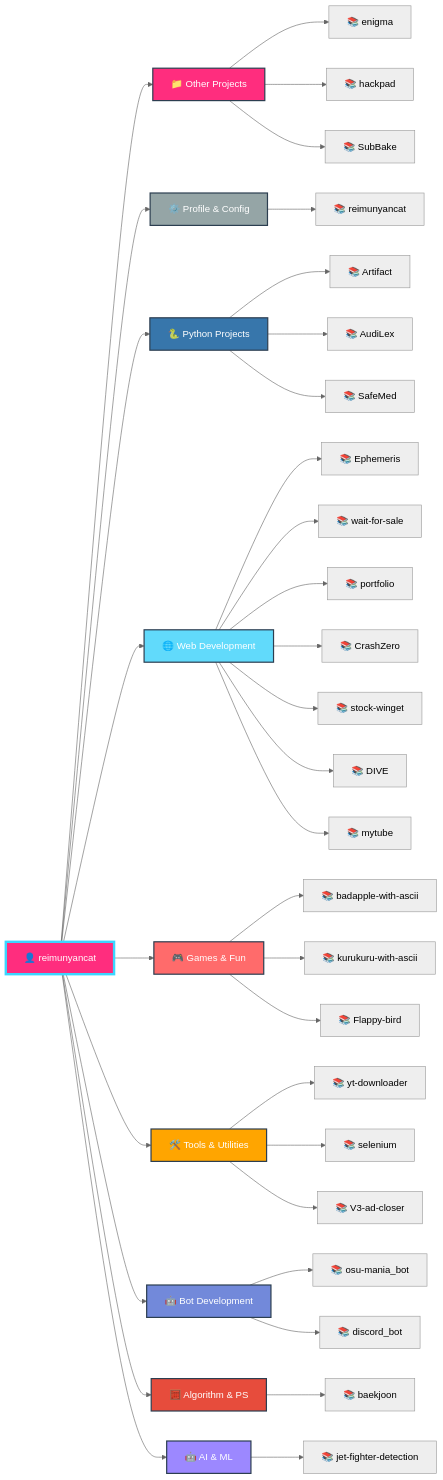
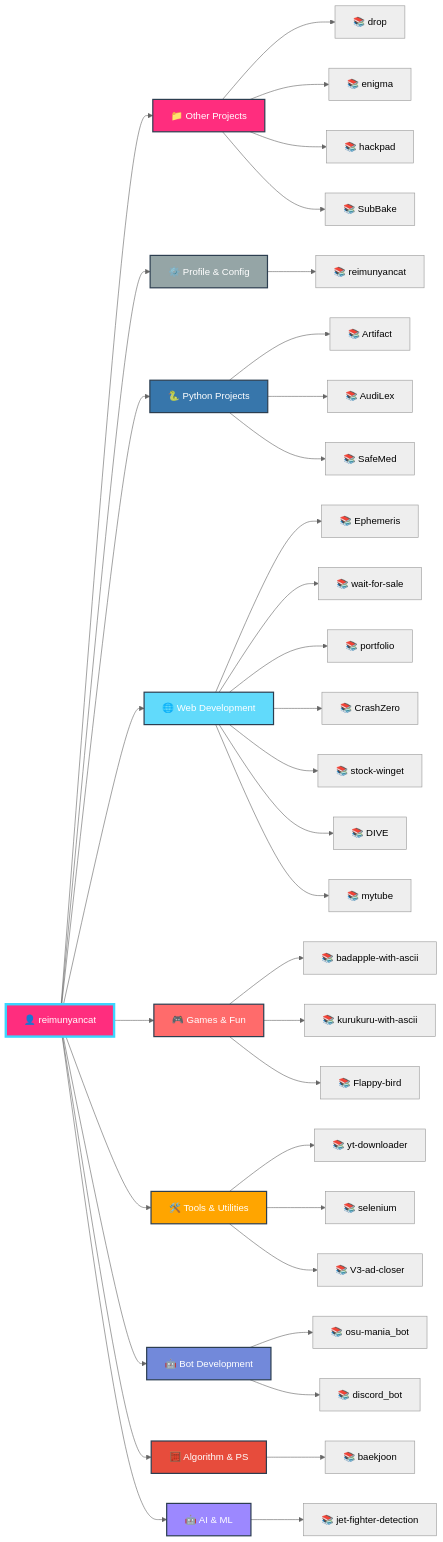
Before and after one commit to reimunyancat/reimunyancat: the diagram in README.md, drawn with Mermaid (neutral theme). The commit also changed other lines of this file, not shown here.

````diff
--- a/README.md
+++ b/README.md
@@ -159,57 +159,58 @@
 ```mermaid
 graph LR
   A[👤 reimunyancat]
 
   A --> CAT0[📁 Other Projects]
-  CAT0 --> CAT0_0[📚 enigma]
-  CAT0 --> CAT0_1[📚 hackpad]
-  CAT0 --> CAT0_2[📚 SubBake]
+  CAT0 --> CAT0_0[📚 drop]
+  CAT0 --> CAT0_1[📚 enigma]
+  CAT0 --> CAT0_2[📚 hackpad]
+  CAT0 --> CAT0_3[📚 SubBake]
 
   A --> CAT1[⚙️ Profile & Config]
   CAT1 --> CAT1_0[📚 reimunyancat]
 
   A --> CAT2[🐍 Python Projects]
   CAT2 --> CAT2_0[📚 Artifact]
   CAT2 --> CAT2_1[📚 AudiLex]
   CAT2 --> CAT2_2[📚 SafeMed]
 
   A --> CAT3[🌐 Web Development]
   CAT3 --> CAT3_0[📚 Ephemeris]
   CAT3 --> CAT3_1[📚 wait-for-sale]
   CAT3 --> CAT3_2[📚 portfolio]
   CAT3 --> CAT3_3[📚 CrashZero]
   CAT3 --> CAT3_4[📚 stock-winget]
   CAT3 --> CAT3_5[📚 DIVE]
   CAT3 --> CAT3_6[📚 mytube]
 
   A --> CAT4[🎮 Games & Fun]
   CAT4 --> CAT4_0[📚 badapple-with-ascii]
   CAT4 --> CAT4_1[📚 kurukuru-with-ascii]
   CAT4 --> CAT4_2[📚 Flappy-bird]
 
   A --> CAT5[🛠️ Tools & Utilities]
   CAT5 --> CAT5_0[📚 yt-downloader]
   CAT5 --> CAT5_1[📚 selenium]
   CAT5 --> CAT5_2[📚 V3-ad-closer]
 
   A --> CAT6[🤖 Bot Development]
   CAT6 --> CAT6_0[📚 osu-mania_bot]
   CAT6 --> CAT6_1[📚 discord_bot]
 
   A --> CAT7[🧮 Algorithm & PS]
   CAT7 --> CAT7_0[📚 baekjoon]
 
   A --> CAT8[🤖 AI & ML]
   CAT8 --> CAT8_0[📚 jet-fighter-detection]
 
   style A fill:#FF2D7E,stroke:#3BD6FF,stroke-width:4px,color:#fff
   style CAT0 fill:#FF2D7E,stroke:#2c3e50,stroke-width:2px,color:#fff
   style CAT1 fill:#95a5a6,stroke:#2c3e50,stroke-width:2px,color:#fff
   style CAT2 fill:#3776ab,stroke:#2c3e50,stroke-width:2px,color:#fff
   style CAT3 fill:#61dafb,stroke:#2c3e50,stroke-width:2px,color:#fff
   style CAT4 fill:#ff6b6b,stroke:#2c3e50,stroke-width:2px,color:#fff
   style CAT5 fill:#ffa500,stroke:#2c3e50,stroke-width:2px,color:#fff
   style CAT6 fill:#7289da,stroke:#2c3e50,stroke-width:2px,color:#fff
   style CAT7 fill:#e74c3c,stroke:#2c3e50,stroke-width:2px,color:#fff
   style CAT8 fill:#9c88ff,stroke:#2c3e50,stroke-width:2px,color:#fff
 ```
````
